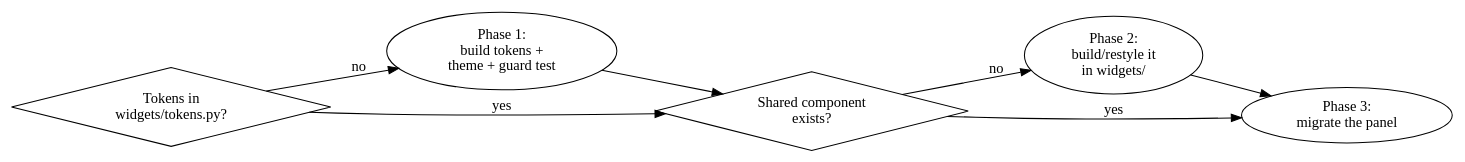
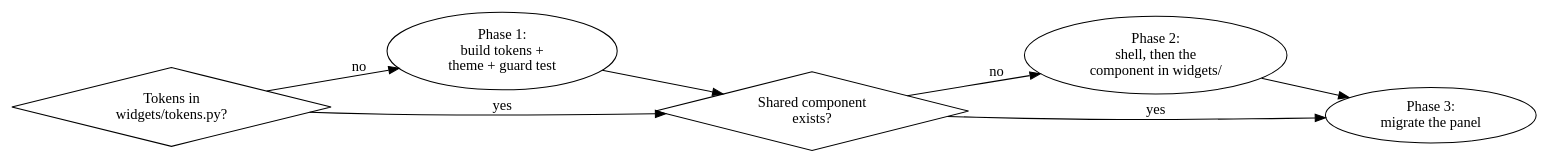
One commit to kreativmonkey/xknx-editor changed the diagram in .agents/skills/gui-design/SKILL.md. Above: the diagram before and after it, drawn with Graphviz. The commit also changed other lines of this file and 2 other files, not shown here.

````diff
--- a/.agents/skills/gui-design/SKILL.md
+++ b/.agents/skills/gui-design/SKILL.md
@@ -102,13 +100,13 @@
 ```dot
 digraph flow {
   rankdir=LR;
   t [label="Tokens in\nwidgets/tokens.py?" shape=diamond];
   build [label="Phase 1:\nbuild tokens +\ntheme + guard test"];
   c [label="Shared component\nexists?" shape=diamond];
-  comp [label="Phase 2:\nbuild/restyle it\nin widgets/"];
+  comp [label="Phase 2:\nshell, then the\ncomponent in widgets/"];
   p [label="Phase 3:\nmigrate the panel"];
   t -> build [label="no"]; build -> c;
   t -> c [label="yes"]; c -> comp [label="no"]; comp -> p;
   c -> p [label="yes"];
 }
 ```
````
